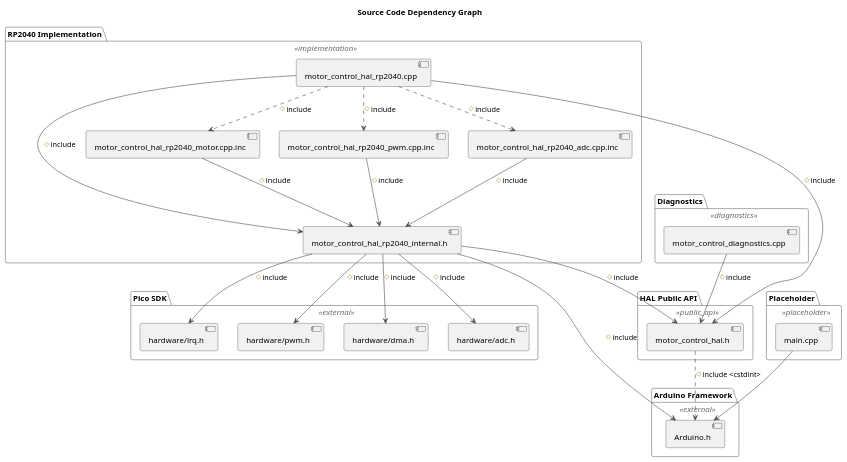
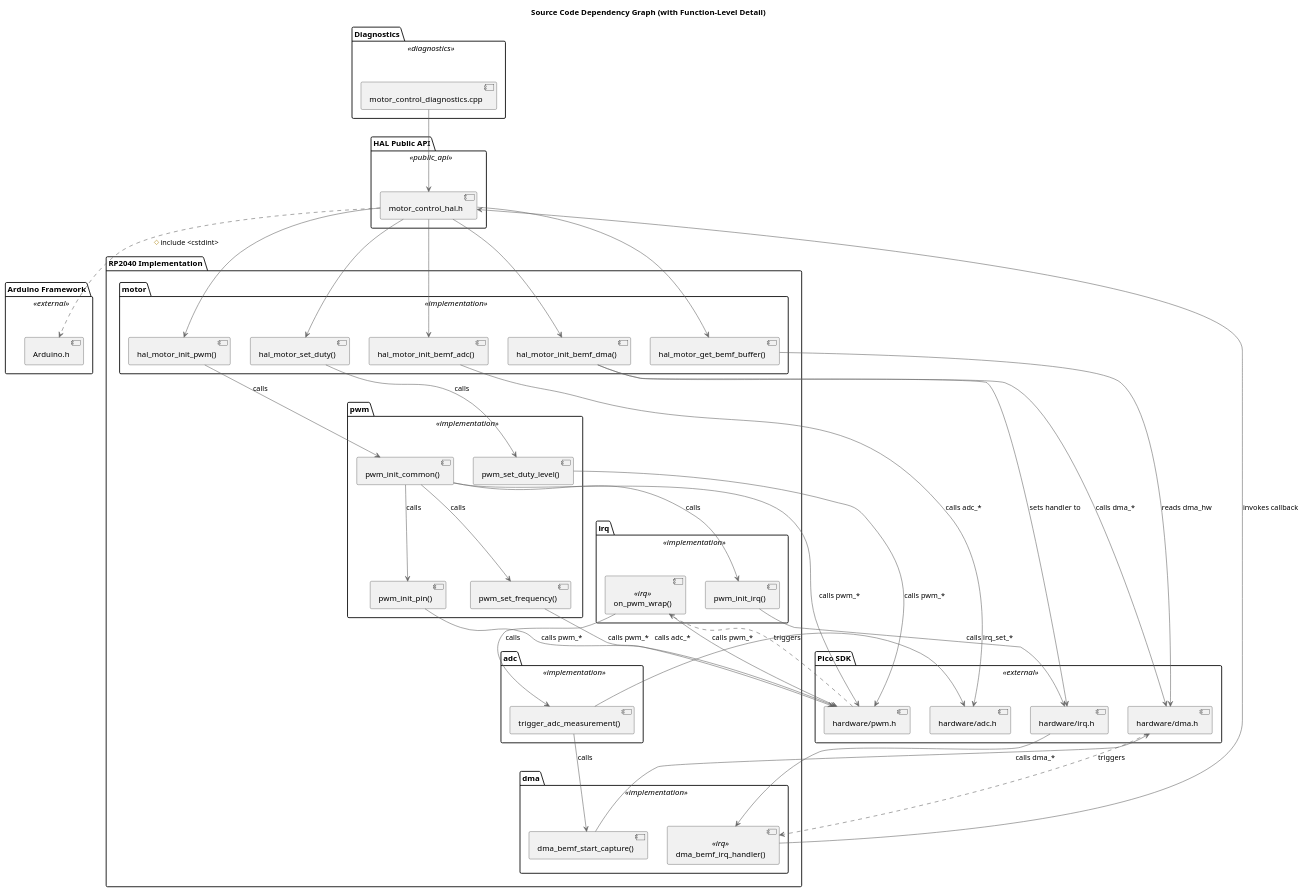
One commit to chatelao/xDuinoRails_MotorControl_bEMF changed the diagram in diagrams/deps.puml. Above: the diagram before and after it, drawn with PlantUML. The commit also changed 7 other files, not shown here.

First line of the commit message:
feat(diagrams): update dependency graph and render all diagrams to png

```diff
--- a/diagrams/deps.puml
+++ b/diagrams/deps.puml
@@ -1,72 +1,115 @@
 @startuml deps
-!theme vibrant
+'!theme vibrant
 
-title Source Code Dependency Graph
+title Source Code Dependency Graph (with Function-Level Detail)
 
 skinparam componentStyle uml2
 skinparam rectangle {
     BackgroundColor<<implementation>> LightGreen
     BackgroundColor<<public_api>> LightSkyBlue
     BackgroundColor<<diagnostics>> LightGoldenRodYellow
     BackgroundColor<<placeholder>> LightGray
     BackgroundColor<<external>> Wheat
+    BackgroundColor<<irq>> LightSalmon
 }
+skinparam ArrowColor #666666
 
 package "Arduino Framework" <<external>> {
     [Arduino.h]
 }
 
 package "Pico SDK" <<external>> {
     [hardware/pwm.h]
     [hardware/dma.h]
     [hardware/adc.h]
     [hardware/irq.h]
 }
 
 package "HAL Public API" <<public_api>> {
     [motor_control_hal.h]
 }
 
 package "Diagnostics" <<diagnostics>> {
     [motor_control_diagnostics.cpp]
 }
 
-package "RP2040 Implementation" <<implementation>> {
-    [motor_control_hal_rp2040.cpp]
-    [motor_control_hal_rp2040_internal.h]
-    [motor_control_hal_rp2040_motor.cpp.inc]
-    [motor_control_hal_rp2040_pwm.cpp.inc]
-    [motor_control_hal_rp2040_adc.cpp.inc]
+package "RP2040 Implementation" {
+    package "motor" <<implementation>> {
+        [hal_motor_init_pwm()]
+        [hal_motor_set_duty()]
+        [hal_motor_init_bemf_adc()]
+        [hal_motor_init_bemf_dma()]
+        [hal_motor_get_bemf_buffer()]
+    }
+
+    package "pwm" <<implementation>> {
+        [pwm_init_common()]
+        [pwm_init_pin()]
+        [pwm_set_frequency()]
+        [pwm_set_duty_level()]
+    }
+
+    package "adc" <<implementation>> {
+        [trigger_adc_measurement()]
+    }
+
+    package "dma" <<implementation>> {
+        [dma_bemf_start_capture()]
+        [dma_bemf_irq_handler()] <<irq>>
+    }
+
+    package "irq" <<implementation>> {
+        [pwm_init_irq()]
+        [on_pwm_wrap()] <<irq>>
+    }
 }
 
-package "Placeholder" <<placeholder>> {
-    [main.cpp]
-}
+' --- Relationships ---
+
+' Public API to internal implementation
+[motor_control_hal.h] --> [hal_motor_init_pwm()]
+[motor_control_hal.h] --> [hal_motor_set_duty()]
+[motor_control_hal.h] --> [hal_motor_init_bemf_adc()]
+[motor_control_hal.h] --> [hal_motor_init_bemf_dma()]
+[motor_control_hal.h] --> [hal_motor_get_bemf_buffer()]
+[motor_control_hal.h] ..> [Arduino.h] : "#include <cstdint>"
+
+' Motor module dependencies
+[hal_motor_init_pwm()] --> [pwm_init_common()] : "calls"
+[hal_motor_set_duty()] --> [pwm_set_duty_level()] : "calls"
+[hal_motor_init_bemf_adc()] --> [hardware/adc.h] : "calls adc_*"
+[hal_motor_get_bemf_buffer()] --> [hardware/dma.h] : "reads dma_hw"
+
+' PWM module dependencies
+[pwm_init_common()] --> [pwm_init_pin()] : "calls"
+[pwm_init_common()] --> [pwm_set_frequency()] : "calls"
+[pwm_init_common()] --> [pwm_init_irq()] : "calls"
+[pwm_init_common()] --> [hardware/pwm.h] : "calls pwm_*"
+[pwm_init_pin()] --> [hardware/pwm.h] : "calls pwm_*"
+[pwm_set_frequency()] --> [hardware/pwm.h] : "calls pwm_*"
+[pwm_set_duty_level()] --> [hardware/pwm.h] : "calls pwm_*"
 
 
-' Relationships
-[main.cpp] --> [Arduino.h]
+' IRQ module dependencies
+[pwm_init_irq()] --> [hardware/irq.h] : "calls irq_set_*"
+[on_pwm_wrap()] --> [trigger_adc_measurement()] : "calls"
+[on_pwm_wrap()] --> [hardware/pwm.h] : "calls pwm_*"
+[hardware/pwm.h] ..> [on_pwm_wrap()] : "triggers"
 
-[motor_control_diagnostics.cpp] --> [motor_control_hal.h] : "#include"
+' ADC module dependencies
+[trigger_adc_measurement()] --> [dma_bemf_start_capture()] : "calls"
+[trigger_adc_measurement()] --> [hardware/adc.h] : "calls adc_*"
 
-[motor_control_hal.h] ..> [Arduino.h] : "#include <cstdint>"
-
-[motor_control_hal_rp2040.cpp] --> [motor_control_hal.h] : "#include"
-[motor_control_hal_rp2040.cpp] --> [motor_control_hal_rp2040_internal.h] : "#include"
-[motor_control_hal_rp2040.cpp] ..> [motor_control_hal_rp2040_motor.cpp.inc] : "#include"
-[motor_control_hal_rp2040.cpp] ..> [motor_control_hal_rp2040_pwm.cpp.inc] : "#include"
-[motor_control_hal_rp2040.cpp] ..> [motor_control_hal_rp2040_adc.cpp.inc] : "#include"
+' DMA module dependencies
+[hal_motor_init_bemf_dma()] --> [hardware/dma.h] : "calls dma_*"
+[hal_motor_init_bemf_dma()] --> [hardware/irq.h] : "sets handler to"
+[hardware/irq.h] --> [dma_bemf_irq_handler()]
+[dma_bemf_start_capture()] --> [hardware/dma.h] : "calls dma_*"
+[dma_bemf_irq_handler()] --> [motor_control_hal.h] : "invokes callback"
+[hardware/dma.h] ..> [dma_bemf_irq_handler()] : "triggers"
 
 
-[motor_control_hal_rp2040_internal.h] --> [motor_control_hal.h] : "#include"
-[motor_control_hal_rp2040_internal.h] --> [Arduino.h] : "#include"
-[motor_control_hal_rp2040_internal.h] --> [hardware/pwm.h] : "#include"
-[motor_control_hal_rp2040_internal.h] --> [hardware/dma.h] : "#include"
-[motor_control_hal_rp2040_internal.h] --> [hardware/adc.h] : "#include"
-[motor_control_hal_rp2040_internal.h] --> [hardware/irq.h] : "#include"
-
-[motor_control_hal_rp2040_motor.cpp.inc] --> [motor_control_hal_rp2040_internal.h] : "#include"
-[motor_control_hal_rp2040_pwm.cpp.inc] --> [motor_control_hal_rp2040_internal.h] : "#include"
-[motor_control_hal_rp2040_adc.cpp.inc] --> [motor_control_hal_rp2040_internal.h] : "#include"
+' Diagnostics dependencies
+[motor_control_diagnostics.cpp] --> [motor_control_hal.h]
 
 @enduml
```
